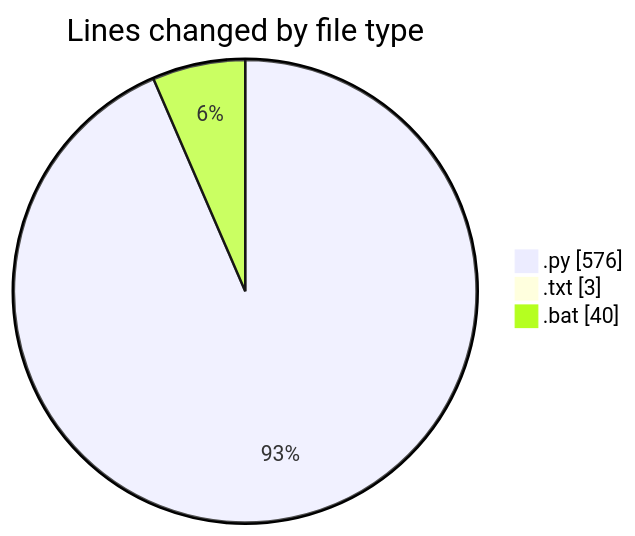
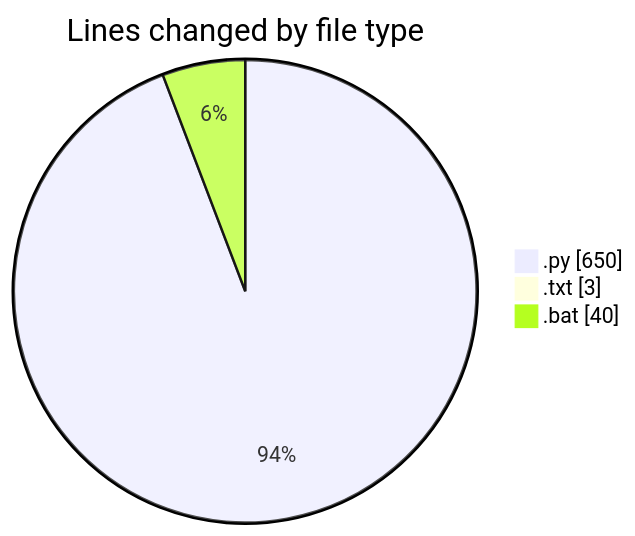
The first of 2 diagrams in 2025-07-20/reg/README.md (lephambinh05/code-tracking), drawn with Mermaid before and after one commit. The commit also changed other lines of this file and 1 other file, not shown here.

````diff
--- a/2025-07-20/reg/README.md
+++ b/2025-07-20/reg/README.md
@@ -24,7 +24,7 @@
 ```mermaid
 pie showData
 title Lines changed by file type
-".py" : 576
+".py" : 650
 ".txt" : 3
 ".bat" : 40
 ```
````
